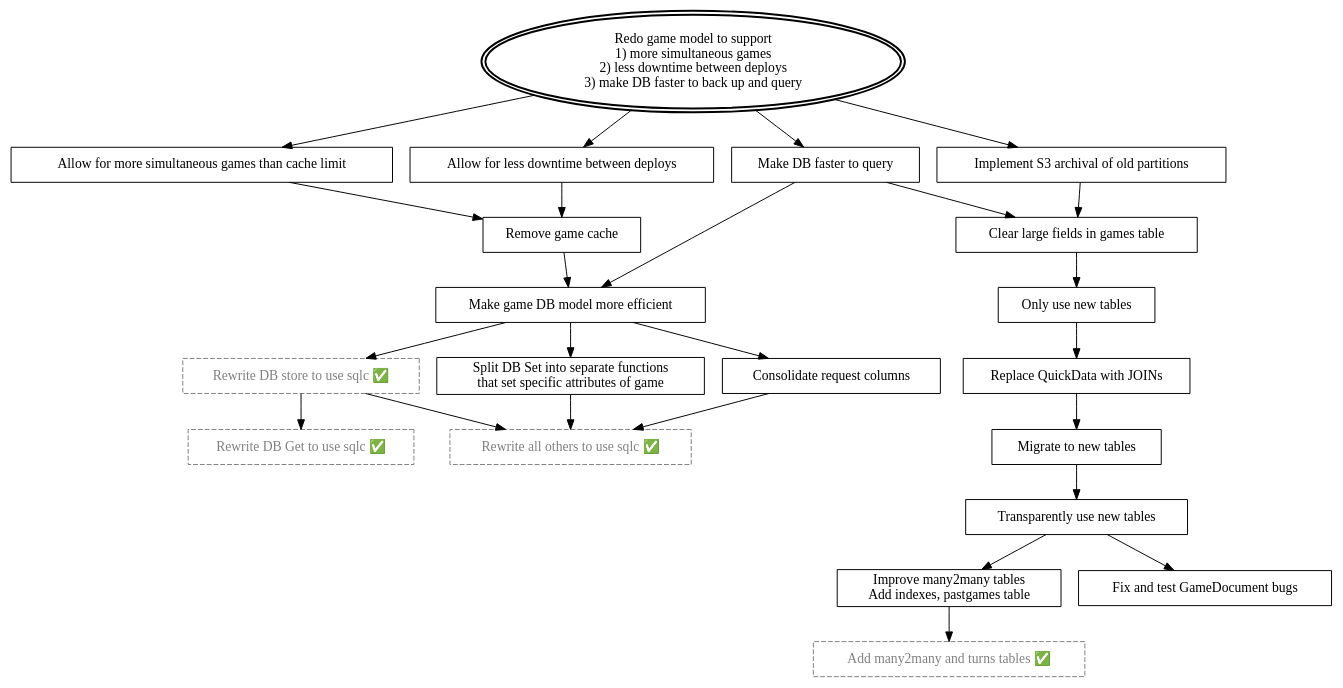
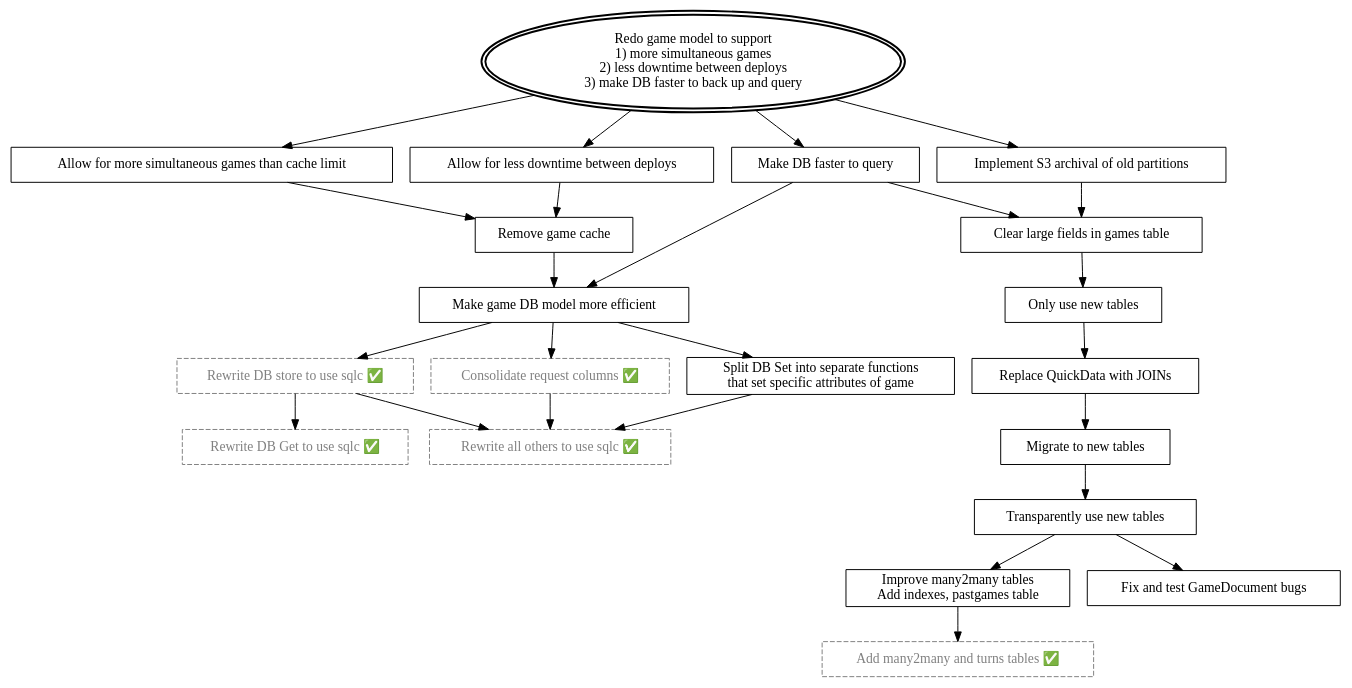
One commit to woogles-io/liwords changed the diagram in docs/mikado/remove-game-caches.dot. Above: the diagram before and after it, drawn with Graphviz. The commit also changed 17 other files, not shown here.

```diff
--- a/docs/mikado/remove-game-caches.dot
+++ b/docs/mikado/remove-game-caches.dot
@@ -1,63 +1,64 @@
 digraph RedoGameModel {
     Goal [label="Redo game model to support\n1) more simultaneous games\n2) less downtime between deploys\n3) make DB faster to back up and query";
     shape=oval, peripheries=2, style=bold];
 
     // Define a reusable style for "checked nodes"  ✅
     node [shape=box, color=gray, fontcolor=gray, style=dashed];
     DBGet [label="Rewrite DB Get to use sqlc ✅"];
     AddOtherTables [label="Add many2many and turns tables ✅"];
     SQLCDBStore [label="Rewrite DB store to use sqlc ✅"];
     SQLCOtherFuncs [label="Rewrite all others to use sqlc ✅"];
+    ConsolidateRequestColumns [label="Consolidate request columns ✅"];
+
     // Reset to default for other uncompleted nodes
     node [shape=box, color=black, fontcolor=black, style=solid];
 
     MoreSimultaneousGames [label="Allow for more simultaneous games than cache limit"];
     LessDowntimeBetweenDeploys [label="Allow for less downtime between deploys"];
     MakeDBFaster [label="Make DB faster to query"];
 
     ImproveOtherTables [label="Improve many2many tables\nAdd indexes, pastgames table"];
     OnlyUseOtherTables [label="Only use new tables"];
     MigrateToNewTables [label="Migrate to new tables"];
     UseOtherTables [label="Transparently use new tables"];
     RemoveGameCache [label="Remove game cache"];
     EfficientTable [label="Make game DB model more efficient"];
 
     FixGameDocumentBugs [label="Fix and test GameDocument bugs"];
 
     DBSetSplit [label="Split DB Set into separate functions\nthat set specific attributes of game"];
 
-    ConsolidateRequestColumns [label="Consolidate request columns"];
     ReplaceQuickData [label="Replace QuickData with JOINs"];
 
     ClearLargeFields [label="Clear large fields in games table"];
     ImplementS3Archival [label="Implement S3 archival of old partitions"];
     // Arrows
     Goal -> MoreSimultaneousGames;
     Goal -> LessDowntimeBetweenDeploys;
     Goal -> MakeDBFaster;
     Goal -> ImplementS3Archival;
 
     MoreSimultaneousGames -> RemoveGameCache;
     LessDowntimeBetweenDeploys -> RemoveGameCache;
     MakeDBFaster -> EfficientTable;
 
     RemoveGameCache -> EfficientTable;
     OnlyUseOtherTables -> ReplaceQuickData;
     ReplaceQuickData -> MigrateToNewTables;
 
     MigrateToNewTables -> UseOtherTables;
     ImproveOtherTables -> AddOtherTables;
     EfficientTable -> SQLCDBStore;
     EfficientTable -> DBSetSplit;
     DBSetSplit -> SQLCOtherFuncs;
     UseOtherTables -> ImproveOtherTables;
     UseOtherTables -> FixGameDocumentBugs;
     SQLCDBStore -> DBGet;
     SQLCDBStore -> SQLCOtherFuncs;
     ConsolidateRequestColumns -> SQLCOtherFuncs;
     EfficientTable -> ConsolidateRequestColumns;
     MakeDBFaster -> ClearLargeFields;
     ClearLargeFields -> OnlyUseOtherTables;
     ImplementS3Archival -> ClearLargeFields;
 
 }
```
